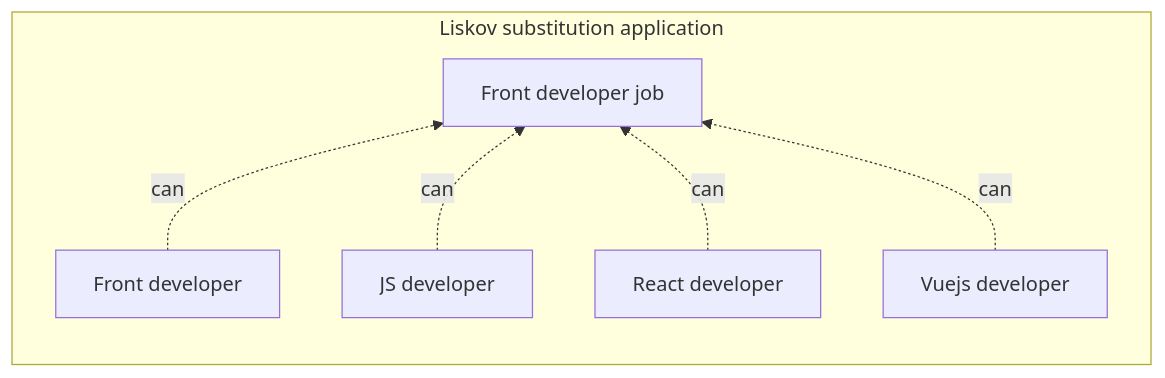
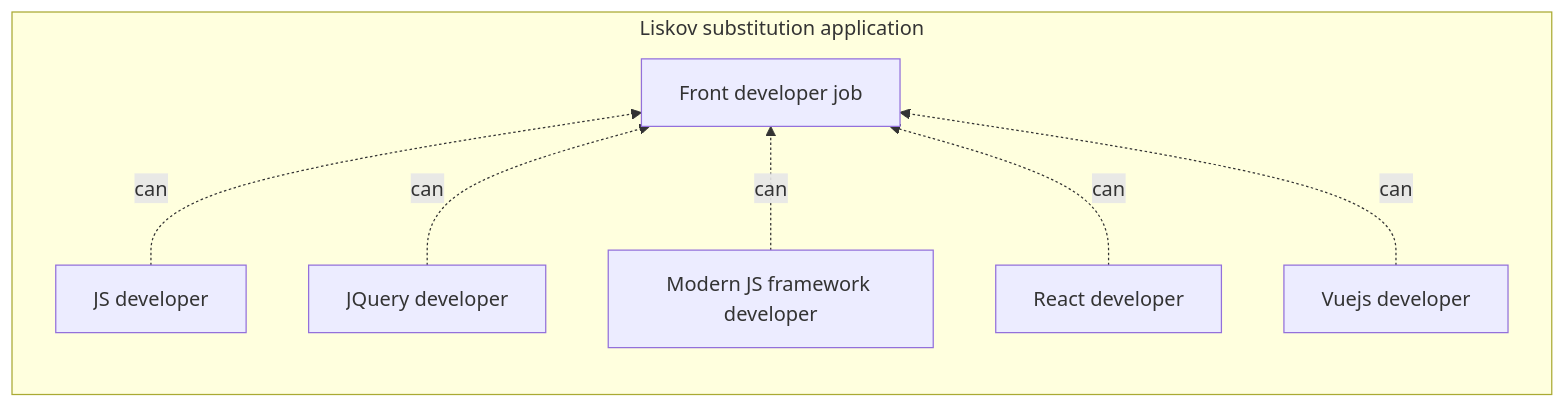
The second of 2 diagrams in docs/Liskov_Substitution_Principle.md (Asgard-Digital-Force/Asgardian-Code-Principles), drawn with Mermaid before and after one commit. The commit also changed other lines of this file, not shown here.

````diff
--- a/docs/Liskov_Substitution_Principle.md
+++ b/docs/Liskov_Substitution_Principle.md
@@ -51,11 +51,12 @@
 ```mermaid
 graph TD
 
     subgraph Liskov substitution application
         direction BT
-        FD0[Front developer] -.can.-> D[Front developer job]
-        JS0[JS developer] -.can.-> D
+        FD0[JS developer] -.can.-> D[Front developer job]
+        JS0[JQuery developer] -.can.-> D
+        MD0[Modern JS framework developer] -.can.-> D
         RD0[React developer] -.can.-> D
         VJS0[Vuejs developer] -.can.-> D
     end
 ```
````
